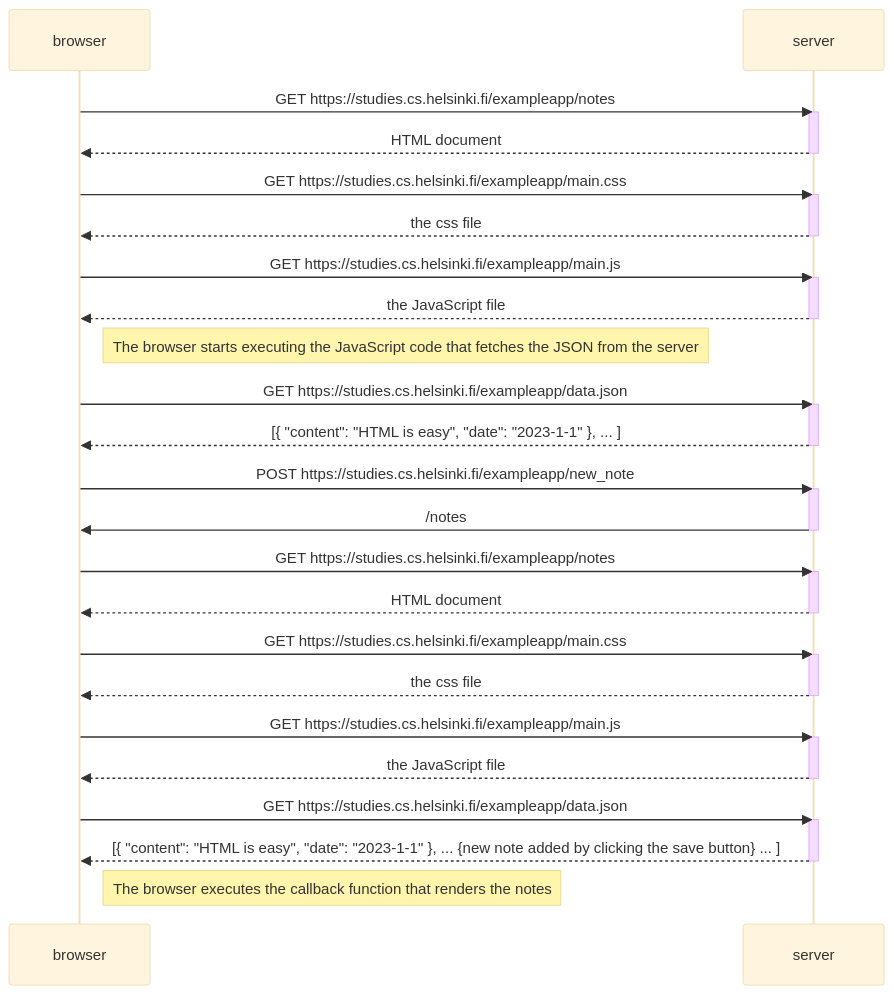
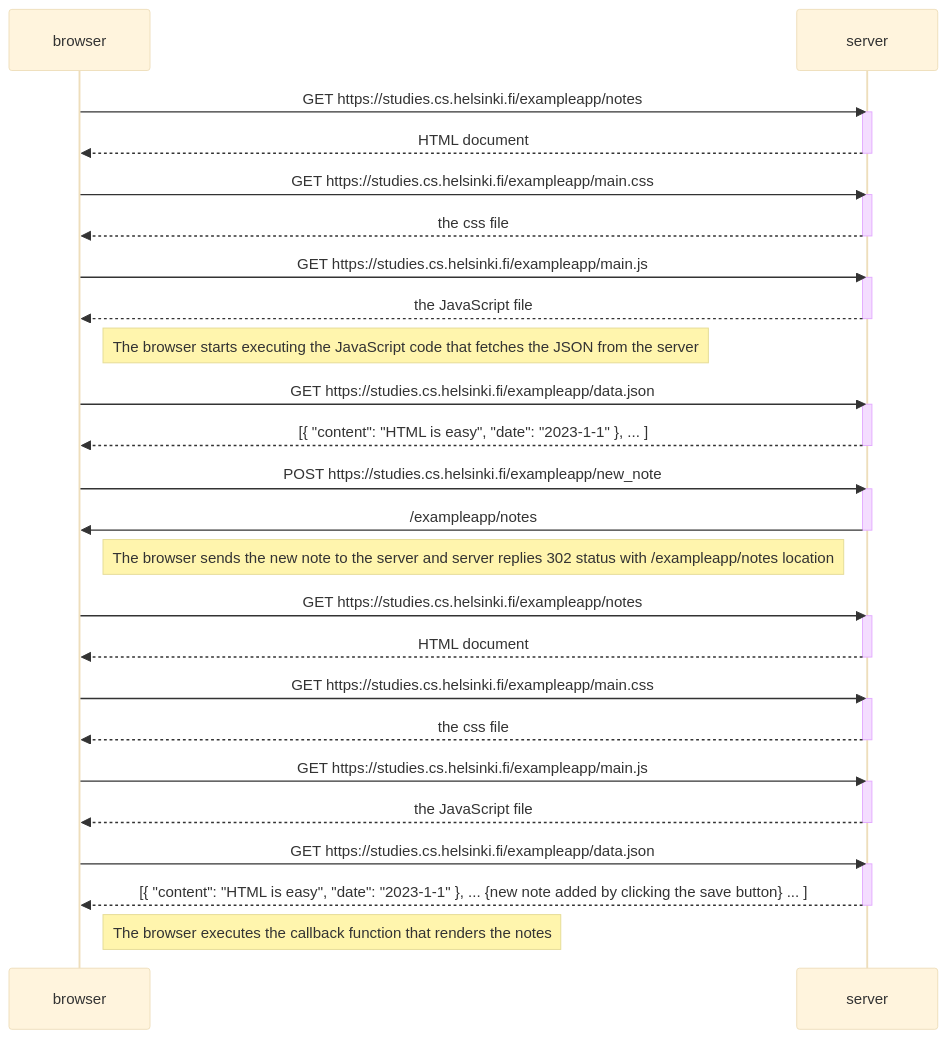
The diagram in Part0/0_4.mermaid (anik2410/full-stack-open), drawn with Mermaid (base theme) before and after one commit.

Commit message:
edited 0_4

```diff
--- a/Part0/0_4.mermaid
+++ b/Part0/0_4.mermaid
@@ -1,52 +1,54 @@
 sequenceDiagram
     participant browser
     participant server
 
     browser->>server: GET https://studies.cs.helsinki.fi/exampleapp/notes
     activate server
     server-->>browser: HTML document
     deactivate server
 
     browser->>server: GET https://studies.cs.helsinki.fi/exampleapp/main.css
     activate server
     server-->>browser: the css file
     deactivate server
 
     browser->>server: GET https://studies.cs.helsinki.fi/exampleapp/main.js
     activate server
     server-->>browser: the JavaScript file
     deactivate server
 
     Note right of browser: The browser starts executing the JavaScript code that fetches the JSON from the server
 
     browser->>server: GET https://studies.cs.helsinki.fi/exampleapp/data.json
     activate server
     server-->>browser: [{ "content": "HTML is easy", "date": "2023-1-1" }, ... ]
     deactivate server
 
     browser->>server: POST https://studies.cs.helsinki.fi/exampleapp/new_note
     activate server
-    server->>browser: /notes
+    server->>browser: /exampleapp/notes
     deactivate server
+
+    Note right of browser: The browser sends the new note to the server and server replies 302 status with /exampleapp/notes location
 
     browser->>server: GET https://studies.cs.helsinki.fi/exampleapp/notes
     activate server
     server-->>browser: HTML document
     deactivate server
 
     browser->>server: GET https://studies.cs.helsinki.fi/exampleapp/main.css
     activate server
     server-->>browser: the css file
     deactivate server
 
     browser->>server: GET https://studies.cs.helsinki.fi/exampleapp/main.js
     activate server
     server-->>browser: the JavaScript file
     deactivate server 
 
     browser->>server: GET https://studies.cs.helsinki.fi/exampleapp/data.json
     activate server
     server-->>browser: [{ "content": "HTML is easy", "date": "2023-1-1" }, ... {new note added by clicking the save button} ... ]
     deactivate server
 
     Note right of browser: The browser executes the callback function that renders the notes
```
